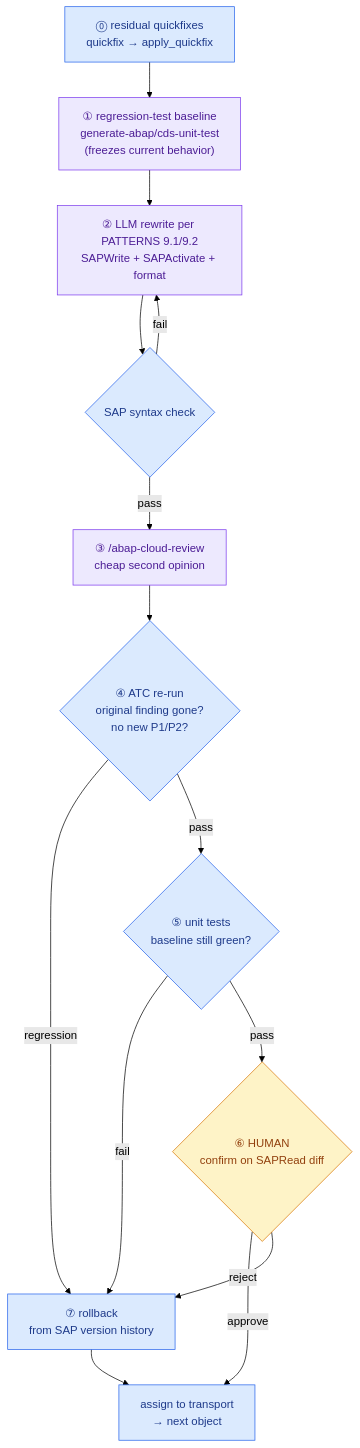
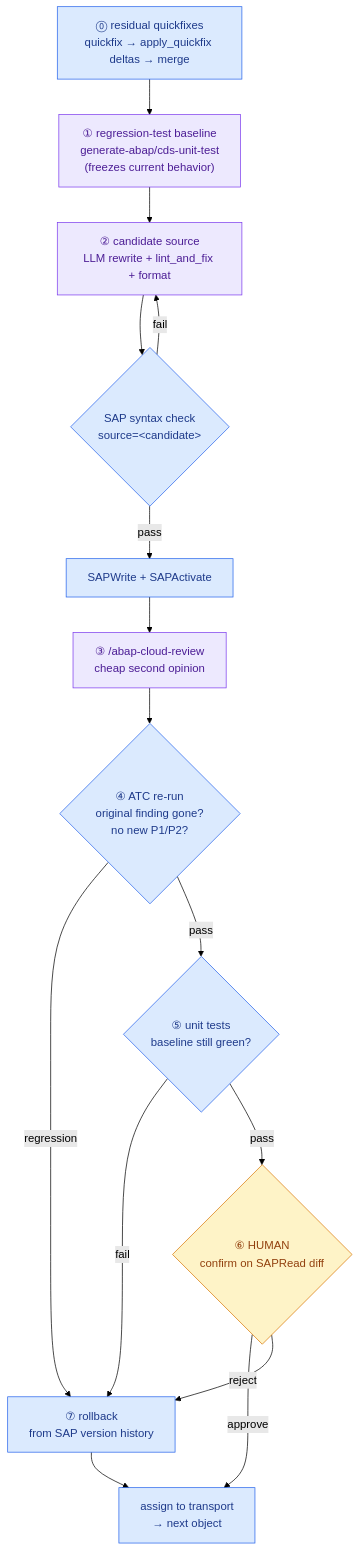
Before and after one commit to Raistlin82/arc-1-fork: the second of 2 diagrams in skills/sap-erp-clean-core-refactor/WORKFLOW.md, drawn with Mermaid (forest theme). The commit also changed other lines of this file and 20 other files, not shown here.

````diff
--- a/skills/sap-erp-clean-core-refactor/WORKFLOW.md
+++ b/skills/sap-erp-clean-core-refactor/WORKFLOW.md
@@ -72,20 +72,21 @@
 ```mermaid
 flowchart TD
-    Q0["⓪ residual quickfixes<br/>quickfix → apply_quickfix"]:::det --> T1["① regression-test baseline<br/>generate-abap/cds-unit-test<br/>(freezes current behavior)"]:::gen
-    T1 --> W2["② LLM rewrite per PATTERNS 9.1/9.2<br/>SAPWrite + SAPActivate + format"]:::gen
-    W2 --> SC{"SAP syntax check"}:::det
-    SC -->|fail| W2
-    SC -->|pass| R3["③ /abap-cloud-review<br/>cheap second opinion"]:::gen
+    Q0["⓪ residual quickfixes<br/>quickfix → apply_quickfix deltas → merge"]:::det --> T1["① regression-test baseline<br/>generate-abap/cds-unit-test<br/>(freezes current behavior)"]:::gen
+    T1 --> C2["② candidate source<br/>LLM rewrite + lint_and_fix + format"]:::gen
+    C2 --> SC{"SAP syntax check<br/>source=&lt;candidate&gt;"}:::det
+    SC -->|fail| C2
+    SC -->|pass| W2["SAPWrite + SAPActivate"]:::det
+    W2 --> R3["③ /abap-cloud-review<br/>cheap second opinion"]:::gen
     R3 --> A4{"④ ATC re-run<br/>original finding gone?<br/>no new P1/P2?"}:::det
     A4 -->|regression| RB["⑦ rollback<br/>from SAP version history"]:::det
     A4 -->|pass| U5{"⑤ unit tests<br/>baseline still green?"}:::det
     U5 -->|fail| RB
     U5 -->|pass| H6{"⑥ HUMAN<br/>confirm on SAPRead diff"}:::hum
     H6 -->|approve| NEXT["assign to transport<br/>→ next object"]:::det
     H6 -->|reject| RB
     RB --> NEXT
 
     classDef det fill:#dbeafe,stroke:#2563eb,color:#1e3a8a
     classDef gen fill:#ede9fe,stroke:#7c3aed,color:#4c1d95
     classDef hum fill:#fef3c7,stroke:#d97706,color:#92400e
 ```
````
